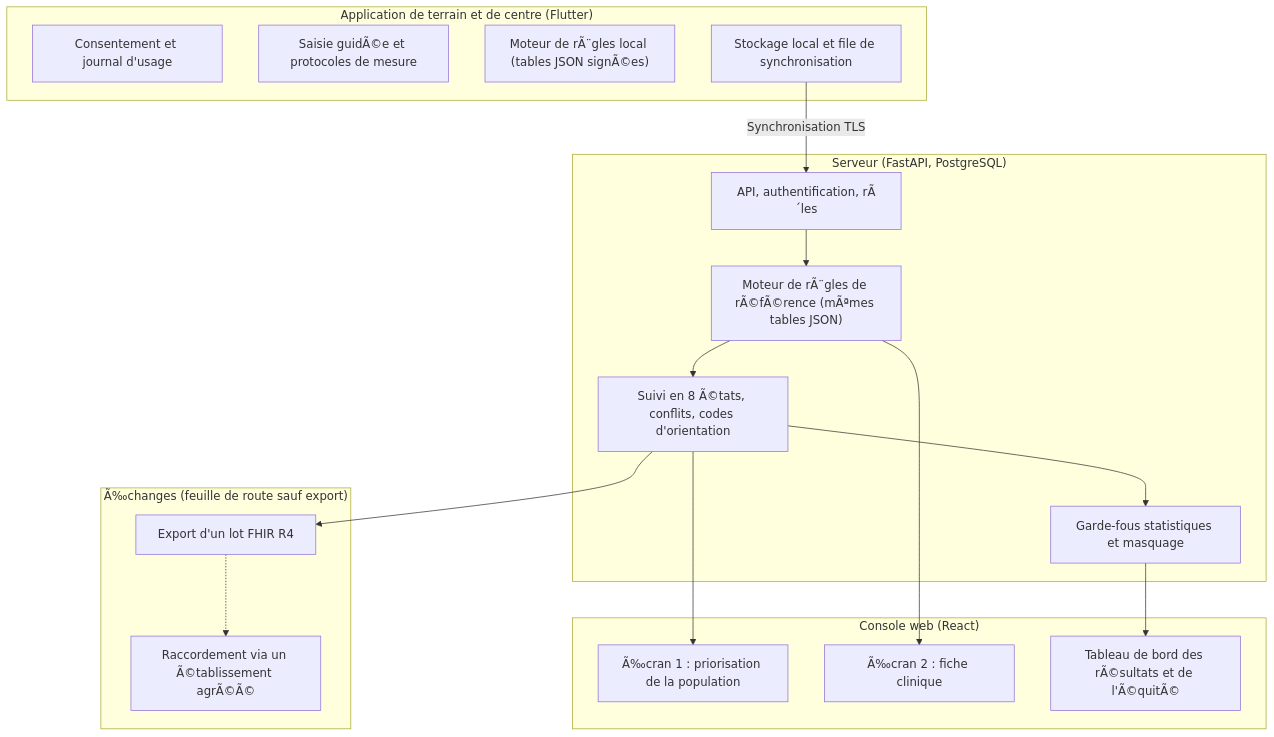
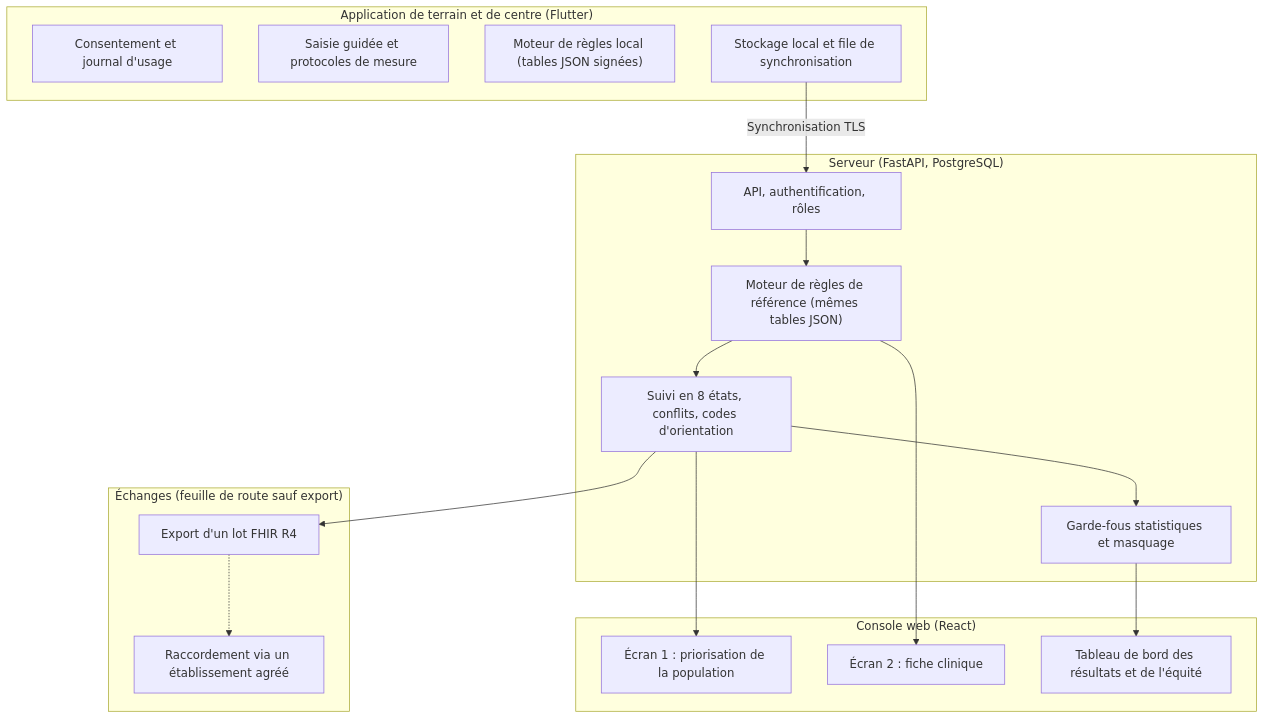
The second of 2 diagrams in MediBenin_Cahier_des_Charges_Final_Defi04.md (orace229/medibenin), drawn with Mermaid before and after one commit. The commit also changed other lines of this file and 25 other files, not shown here.

````diff
--- a/MediBenin_Cahier_des_Charges_Final_Defi04.md
+++ b/MediBenin_Cahier_des_Charges_Final_Defi04.md
@@ -494,31 +494,31 @@
 ```mermaid
 flowchart TB
     subgraph T["Application de terrain et de centre (Flutter)"]
         T1["Consentement et journal d'usage"]
-        T2["Saisie guidÃ©e et protocoles de mesure"]
-        T3["Moteur de rÃ¨gles local (tables JSON signÃ©es)"]
+        T2["Saisie guidée et protocoles de mesure"]
+        T3["Moteur de règles local (tables JSON signées)"]
         T4["Stockage local et file de synchronisation"]
     end
     subgraph S["Serveur (FastAPI, PostgreSQL)"]
-        S1["API, authentification, rÃ´les"]
-        S2["Moteur de rÃ¨gles de rÃ©fÃ©rence (mÃªmes tables JSON)"]
-        S3["Suivi en 8 Ã©tats, conflits, codes d'orientation"]
+        S1["API, authentification, rôles"]
+        S2["Moteur de règles de référence (mêmes tables JSON)"]
+        S3["Suivi en 8 états, conflits, codes d'orientation"]
         S4["Garde-fous statistiques et masquage"]
     end
     subgraph W["Console web (React)"]
-        W1["Ã‰cran 1 : priorisation de la population"]
-        W2["Ã‰cran 2 : fiche clinique"]
-        W3["Tableau de bord des rÃ©sultats et de l'Ã©quitÃ©"]
+        W1["Écran 1 : priorisation de la population"]
+        W2["Écran 2 : fiche clinique"]
+        W3["Tableau de bord des résultats et de l'équité"]
     end
-    subgraph X["Ã‰changes (feuille de route sauf export)"]
+    subgraph X["Échanges (feuille de route sauf export)"]
         X1["Export d'un lot FHIR R4"]
-        X2["Raccordement via un Ã©tablissement agrÃ©Ã©"]
+        X2["Raccordement via un établissement agréé"]
     end
     T4 -->|"Synchronisation TLS"| S1
     S1 --> S2 --> S3 --> S4
     S4 --> W3
     S3 --> W1
     S2 --> W2
     S3 --> X1
     X1 -.-> X2
 ```
````
